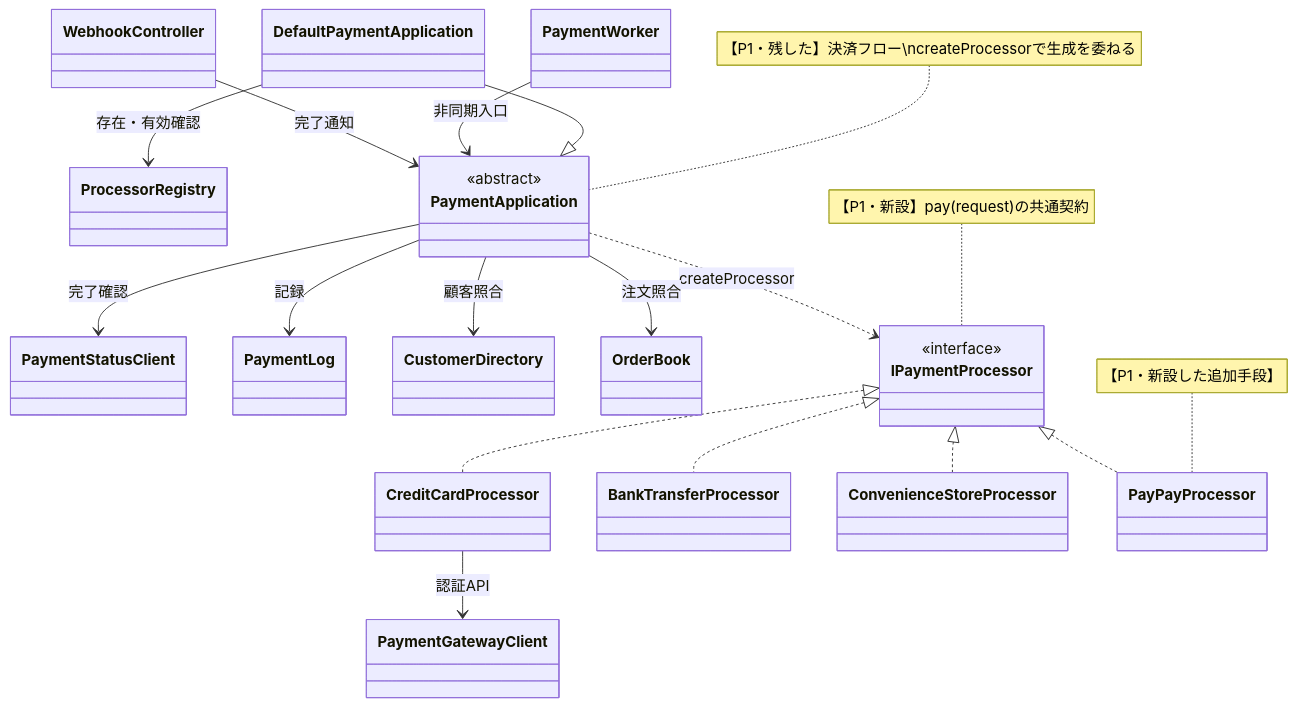
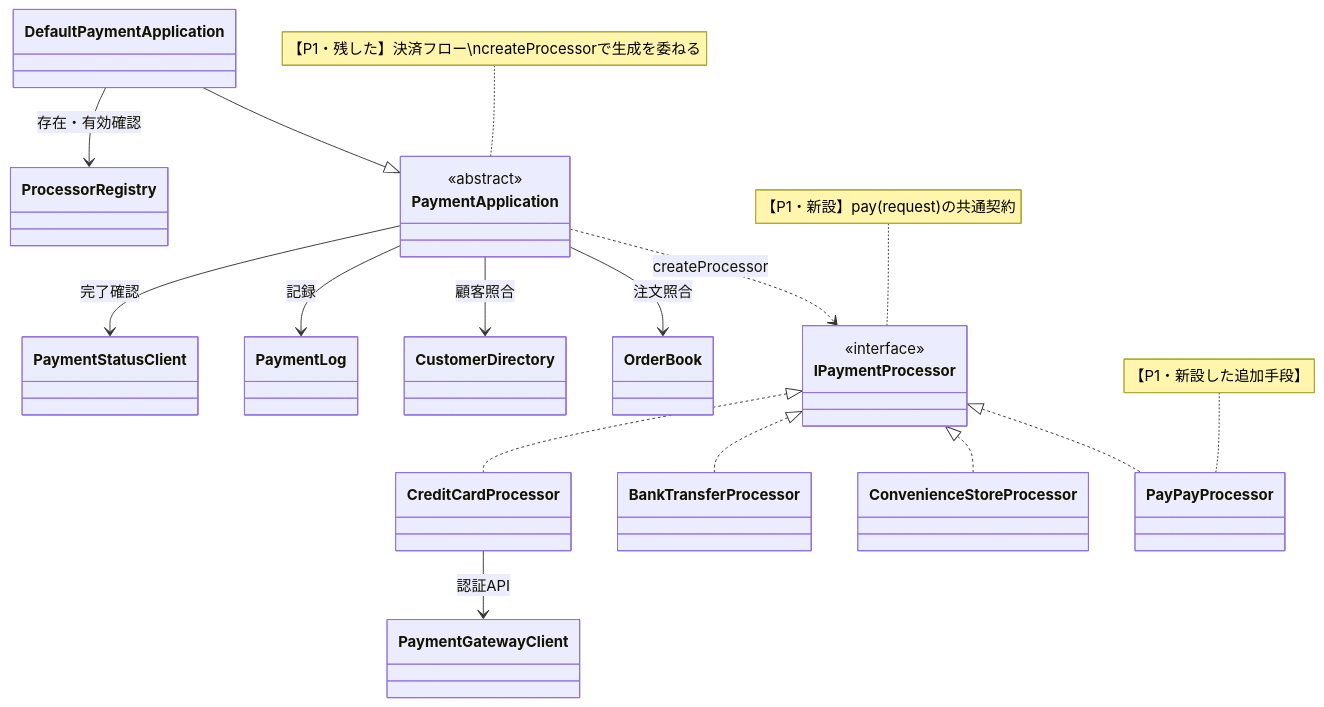
The ninth of 14 diagrams in kindle/design-patterns/output/chapter08.md (kumachan1101-pixel/DesignPattern), drawn with Mermaid before and after one commit. The commit also changed other lines of this file and 23 other files, not shown here.

````diff
--- a/kindle/design-patterns/output/chapter08.md
+++ b/kindle/design-patterns/output/chapter08.md
@@ -1828,42 +1835,38 @@
 ```mermaid
 classDiagram
     class DefaultPaymentApplication
     class PaymentGatewayClient
     class PaymentStatusClient
     class ProcessorRegistry
     class PaymentLog
     class CustomerDirectory
     class OrderBook
-    class PaymentWorker
-    class WebhookController
     class PaymentApplication {
         <<abstract>>
     }
     class IPaymentProcessor { <<interface>> }
     class CreditCardProcessor
     class BankTransferProcessor
     class ConvenienceStoreProcessor
     class PayPayProcessor
 
     PaymentApplication ..> IPaymentProcessor : createProcessor
     IPaymentProcessor <|.. CreditCardProcessor
     IPaymentProcessor <|.. BankTransferProcessor
     IPaymentProcessor <|.. ConvenienceStoreProcessor
     IPaymentProcessor <|.. PayPayProcessor
     DefaultPaymentApplication --> ProcessorRegistry : 存在・有効確認
     PaymentApplication --> PaymentStatusClient : 完了確認
     DefaultPaymentApplication --|> PaymentApplication
-    PaymentWorker --> PaymentApplication : 非同期入口
-    WebhookController --> PaymentApplication : 完了通知
     CreditCardProcessor --> PaymentGatewayClient : 認証API
     PaymentApplication --> PaymentLog : 記録
     PaymentApplication --> CustomerDirectory : 顧客照合
     PaymentApplication --> OrderBook : 注文照合
 
     note for IPaymentProcessor "【P1・新設】pay(request)の共通契約"
     note for PaymentApplication "【P1・残した】決済フロー\ncreateProcessorで生成を委ねる"
     note for PayPayProcessor "【P1・新設した追加手段】"
 
     classDef focus fill:#FFF2CC,stroke:#D6B656,stroke-width:2px,color:#222222
     cssClass "IPaymentProcessor,CreditCardProcessor,BankTransferProcessor,ConvenienceStoreProcessor,PayPayProcessor,PaymentApplication" focus
 ```
````
